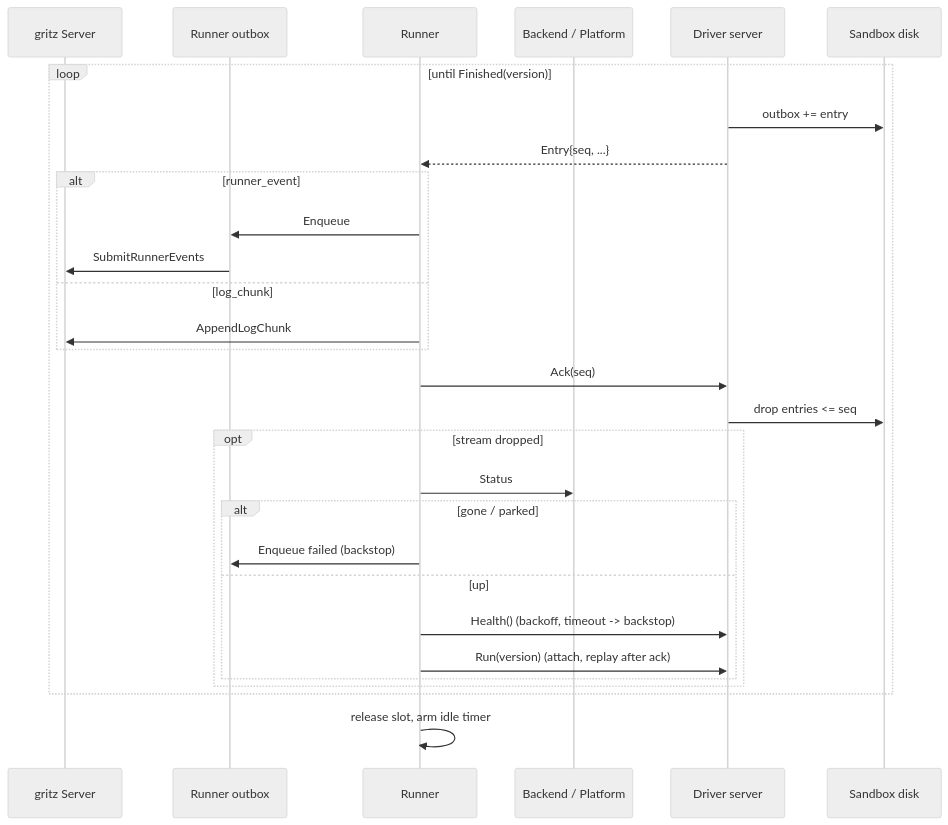
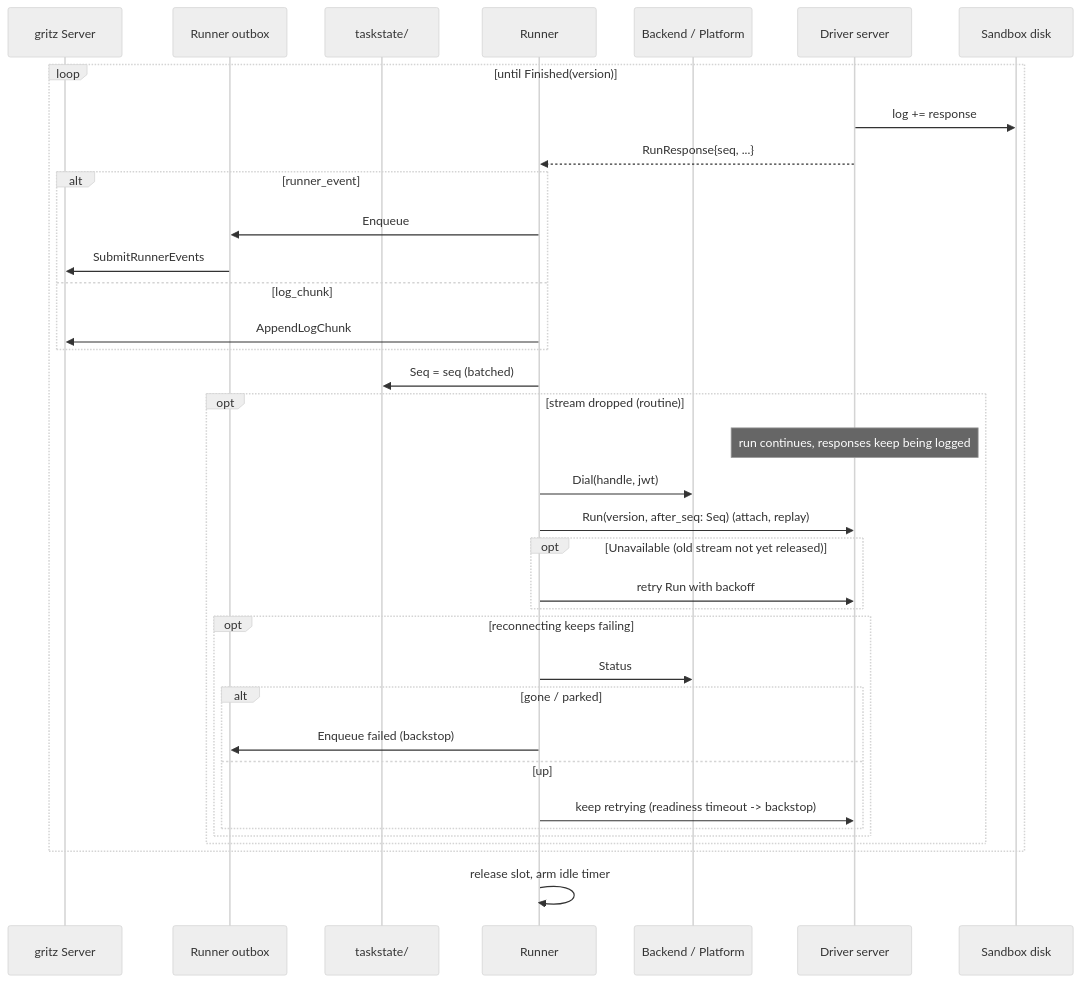
Before and after one commit to gritzapp/gritz: the third of 6 diagrams in proposals/draft/driver-server.md, drawn with Mermaid (neutral theme). The commit also changed other lines of this file and 2 other files, not shown here.

First line of the commit message:
docs: replace the driver outbox with a response log read from a runner offset

````diff
--- a/proposals/draft/driver-server.md
+++ b/proposals/draft/driver-server.md
@@ -571,32 +582,39 @@
 ```mermaid
 sequenceDiagram
     participant S as gritz Server
     participant O as Runner outbox
+    participant T as taskstate/
     participant R as Runner
     participant P as Backend / Platform
     participant D as Driver server
     participant F as Sandbox disk
 
     loop until Finished(version)
-        D->>F: outbox += entry
-        D-->>R: Entry{seq, ...}
+        D->>F: log += response
+        D-->>R: RunResponse{seq, ...}
         alt runner_event
             R->>O: Enqueue
             O->>S: SubmitRunnerEvents
         else log_chunk
             R->>S: AppendLogChunk
         end
-        R->>D: Ack(seq)
-        D->>F: drop entries <= seq
-        opt stream dropped
-            R->>P: Status
-            alt gone / parked
-                R->>O: Enqueue failed (backstop)
-            else up
-                R->>D: Health() (backoff, timeout -> backstop)
-                R->>D: Run(version) (attach, replay after ack)
+        R->>T: Seq = seq (batched)
+        opt stream dropped (routine)
+            Note over D: run continues, responses keep being logged
+            R->>P: Dial(handle, jwt)
+            R->>D: Run(version, after_seq: Seq) (attach, replay)
+            opt Unavailable (old stream not yet released)
+                R->>D: retry Run with backoff
+            end
+            opt reconnecting keeps failing
+                R->>P: Status
+                alt gone / parked
+                    R->>O: Enqueue failed (backstop)
+                else up
+                    R->>D: keep retrying (readiness timeout -> backstop)
+                end
             end
         end
     end
     R->>R: release slot, arm idle timer
 ```
````
